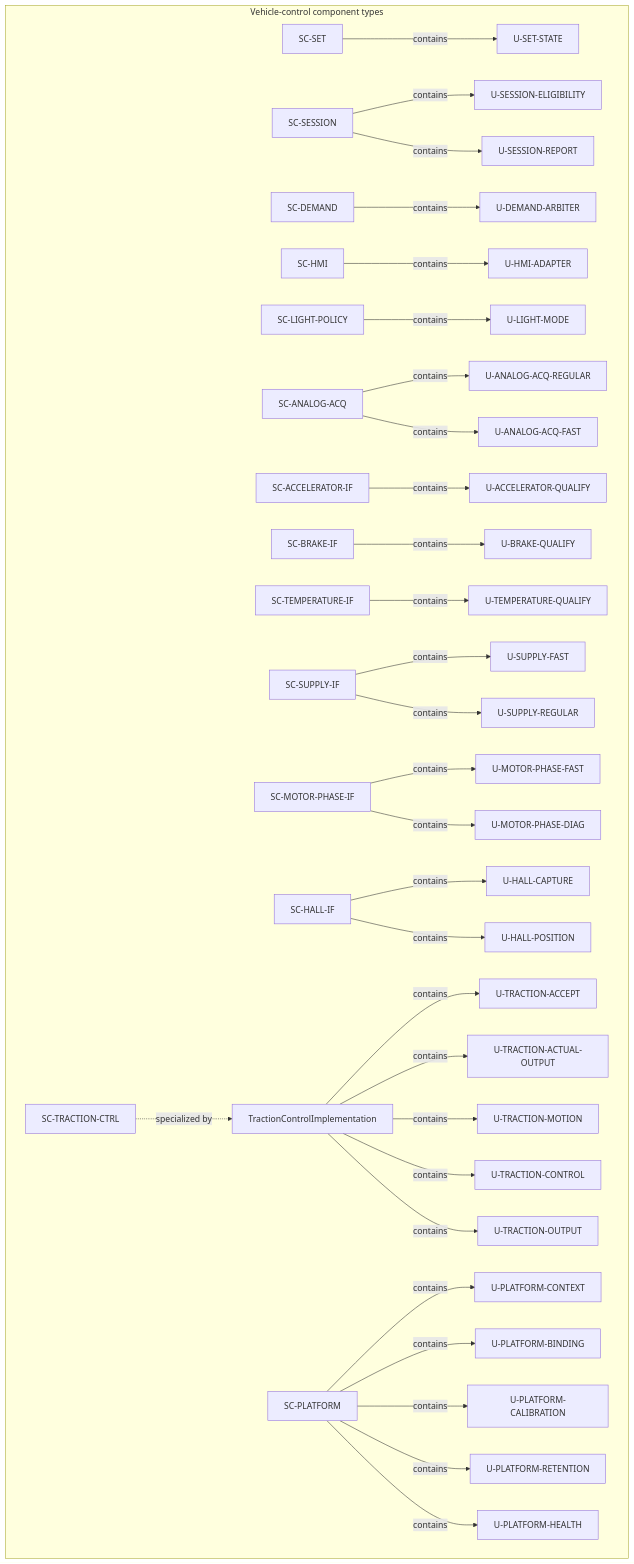
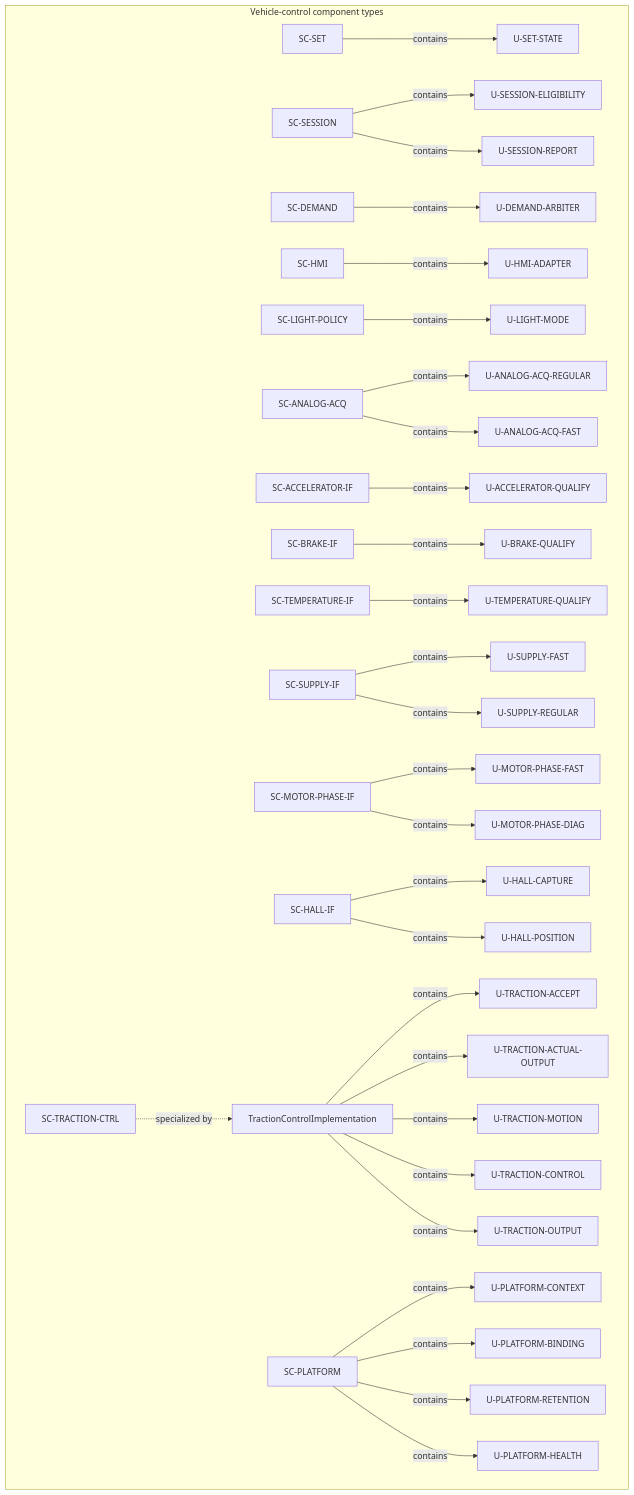
The second of 9 diagrams in .devenv/Architecture/SoftwareArchitecture/DetailedDesign/DD-003_Static_Software_Architecture_Views.md (dhellhake/X2CityMCU), drawn with Mermaid before and after one commit. The commit also changed other lines of this file and 84 other files, not shown here.

````diff
--- a/.devenv/Architecture/SoftwareArchitecture/DetailedDesign/DD-003_Static_Software_Architecture_Views.md
+++ b/.devenv/Architecture/SoftwareArchitecture/DetailedDesign/DD-003_Static_Software_Architecture_Views.md
@@ -111,33 +110,32 @@
 ```mermaid
 flowchart TB
     subgraph V[Vehicle-control component types]
         SET[SC-SET] -->|contains| US[U-SET-STATE]
         SESSION[SC-SESSION] -->|contains| USE[U-SESSION-ELIGIBILITY]
         SESSION -->|contains| USR[U-SESSION-REPORT]
         DEMAND[SC-DEMAND] -->|contains| UDA[U-DEMAND-ARBITER]
         HMI[SC-HMI] -->|contains| UHA[U-HMI-ADAPTER]
         LIGHT[SC-LIGHT-POLICY] -->|contains| ULM[U-LIGHT-MODE]
         ANALOG[SC-ANALOG-ACQ] -->|contains| UAR[U-ANALOG-ACQ-REGULAR]
         ANALOG -->|contains| UAF[U-ANALOG-ACQ-FAST]
         ACCEL[SC-ACCELERATOR-IF] -->|contains| UAQ[U-ACCELERATOR-QUALIFY]
         BRAKE[SC-BRAKE-IF] -->|contains| UBQ[U-BRAKE-QUALIFY]
         TEMP[SC-TEMPERATURE-IF] -->|contains| UTQ[U-TEMPERATURE-QUALIFY]
         SUPPLY[SC-SUPPLY-IF] -->|contains| USF[U-SUPPLY-FAST]
         SUPPLY -->|contains| USREG[U-SUPPLY-REGULAR]
         PHASE[SC-MOTOR-PHASE-IF] -->|contains| UMPF[U-MOTOR-PHASE-FAST]
         PHASE -->|contains| UMPD[U-MOTOR-PHASE-DIAG]
         HALL[SC-HALL-IF] -->|contains| UHC[U-HALL-CAPTURE]
         HALL -->|contains| UHP[U-HALL-POSITION]
         TRACTION[SC-TRACTION-CTRL] -.->|specialized by| TRDD[TractionControlImplementation]
         TRDD -->|contains| UTA[U-TRACTION-ACCEPT]
         TRDD -->|contains| UTAO[U-TRACTION-ACTUAL-OUTPUT]
         TRDD -->|contains| UTM[U-TRACTION-MOTION]
         TRDD -->|contains| UTC[U-TRACTION-CONTROL]
         TRDD -->|contains| UTO[U-TRACTION-OUTPUT]
         PLATFORM[SC-PLATFORM] -->|contains| UPC[U-PLATFORM-CONTEXT]
         PLATFORM -->|contains| UPB[U-PLATFORM-BINDING]
-        PLATFORM -->|contains| UPCA[U-PLATFORM-CALIBRATION]
         PLATFORM -->|contains| UPR[U-PLATFORM-RETENTION]
         PLATFORM -->|contains| UPH[U-PLATFORM-HEALTH]
     end
 ```
````
